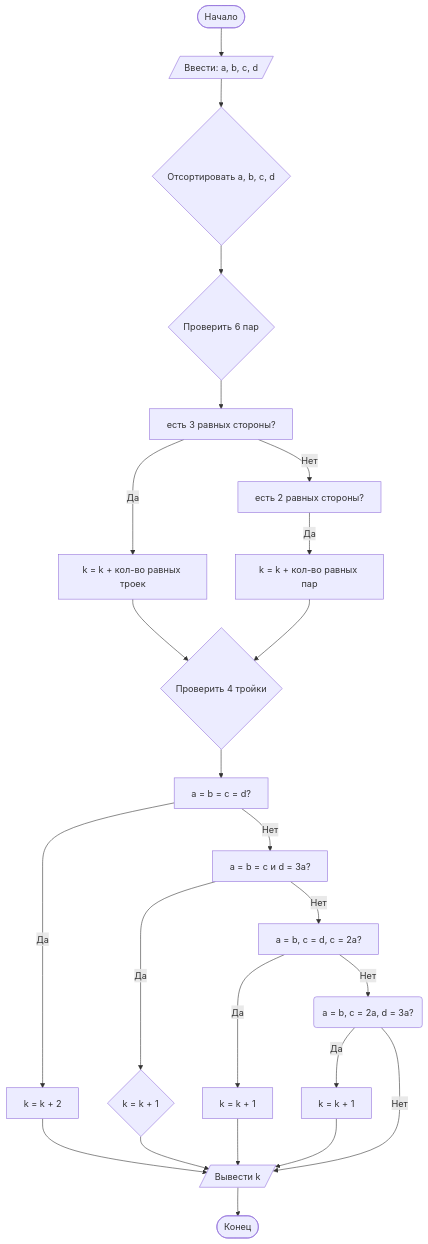
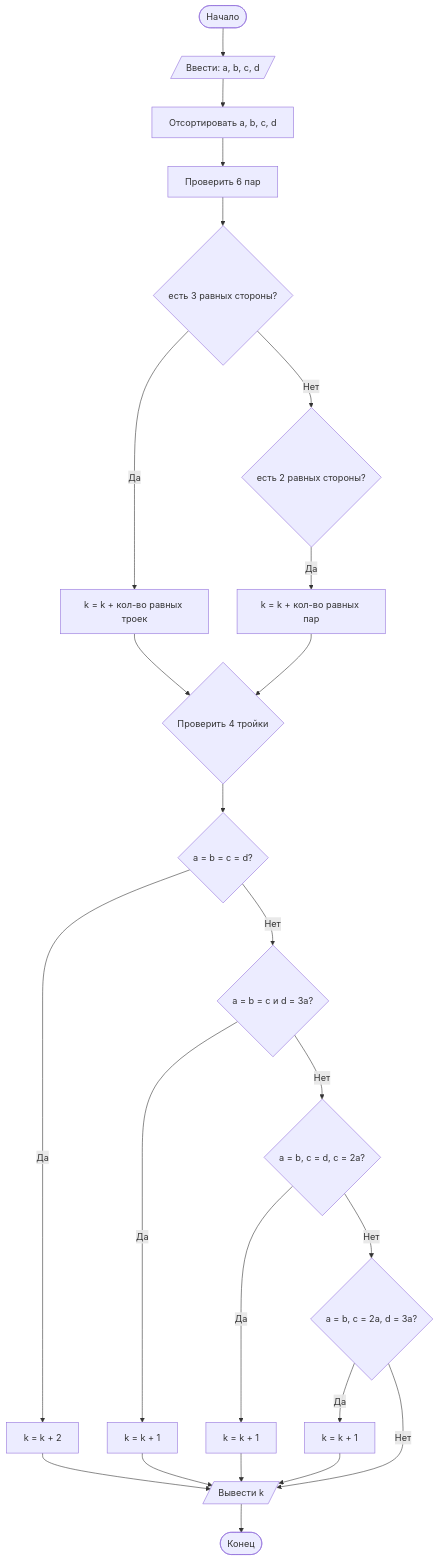
Before and after one commit to andreyka239/Lab1: the diagram in Lab1/README.md, drawn with Mermaid.

````diff
--- a/Lab1/README.md
+++ b/Lab1/README.md
@@ -142,26 +142,26 @@
 ```mermaid
 graph TD
         A([Начало]) --> B[/Ввести: a, b, c, d/]
-        B --> C{Отсортировать a, b, c, d}
-        C --> D{Проверить 6 пар}
-        D --> Y[есть 3 равных стороны?]
+        B --> C[Отсортировать a, b, c, d]
+        C --> D[Проверить 6 пар]
+        D --> Y{есть 3 равных стороны?}
         Y -- Да --> P[k = k + кол-во равных троек]
-        Y -- Нет --> Q[есть 2 равных стороны?]
+        Y -- Нет --> Q{есть 2 равных стороны?}
         Q -- Да --> V[k = k + кол-во равных пар]
         P --> E{Проверить 4 тройки}
-        E --> F[a = b = c = d?]
+        E --> F{a = b = c = d?}
         F -- Да --> G[k = k + 2]
-        F -- Нет --> H[a = b = c и d = 3a?]
-        H -- Да --> I{k = k + 1}
-        H -- Нет --> J[a = b, c = d, c = 2a?]
+        F -- Нет --> H{a = b = c и d = 3a?}
+        H -- Да --> I[k = k + 1]
+        H -- Нет --> J{a = b, c = d, c = 2a?}
         J -- Да --> K[k = k + 1]
-        J -- Нет --> L(a = b, c = 2a, d = 3a?)
+        J -- Нет --> L{a = b, c = 2a, d = 3a?}
         L -- Да --> M[k = k + 1]
         L -- Нет --> N[/Вывести k/]
         V --> E
         G --> N
         I --> N
         K --> N
         M --> N
         N --> O([Конец])
 ```
````
